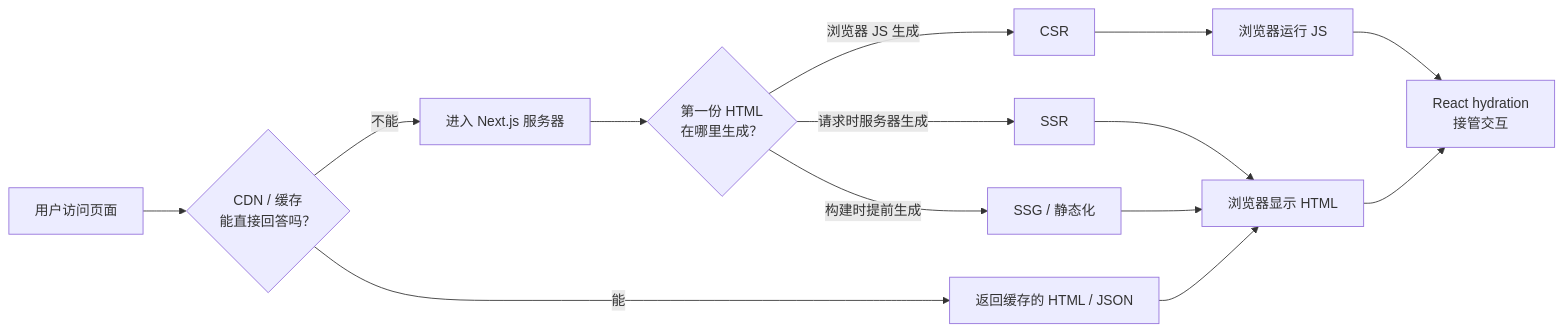
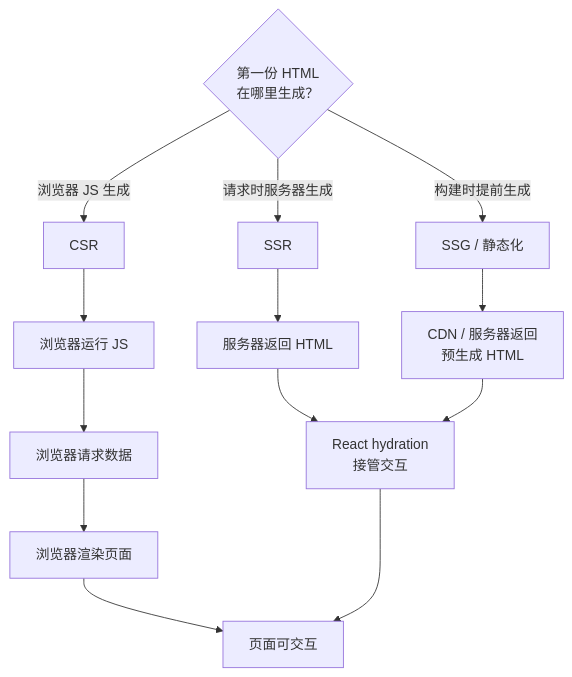
The second of 9 diagrams in frontend/nextjs-rendering-principles.mdx (Adonis0123/til-garden), drawn with Mermaid before and after one commit. The commit also changed other lines of this file and 18 other files, not shown here.

````diff
--- a/frontend/nextjs-rendering-principles.mdx
+++ b/frontend/nextjs-rendering-principles.mdx
@@ -34,18 +55,19 @@
 ```mermaid
-flowchart LR
-  user["用户访问页面"] --> edge{"CDN / 缓存<br/>能直接回答吗？"}
-  edge -->|"能"| cached["返回缓存的 HTML / JSON"]
-  edge -->|"不能"| next["进入 Next.js 服务器"]
-
-  next --> html{"第一份 HTML<br/>在哪里生成？"}
+flowchart TD
+  html{"第一份 HTML<br/>在哪里生成？"}
   html -->|"浏览器 JS 生成"| csr["CSR"]
   html -->|"请求时服务器生成"| ssr["SSR"]
   html -->|"构建时提前生成"| ssg["SSG / 静态化"]
 
   csr --> jsRuntime["浏览器运行 JS"]
-  ssr --> browser["浏览器显示 HTML"]
-  ssg --> browser
-  cached --> browser
-  jsRuntime --> reactHydrate["React hydration<br/>接管交互"]
-  browser --> reactHydrate
+  jsRuntime --> data["浏览器请求数据"]
+  data --> clientRender["浏览器渲染页面"]
+
+  ssr --> serverHtml["服务器返回 HTML"]
+  ssg --> staticHtml["CDN / 服务器返回<br/>预生成 HTML"]
+
+  serverHtml --> hydrate["React hydration<br/>接管交互"]
+  staticHtml --> hydrate
+  clientRender --> interactive["页面可交互"]
+  hydrate --> interactive
 ```
````
